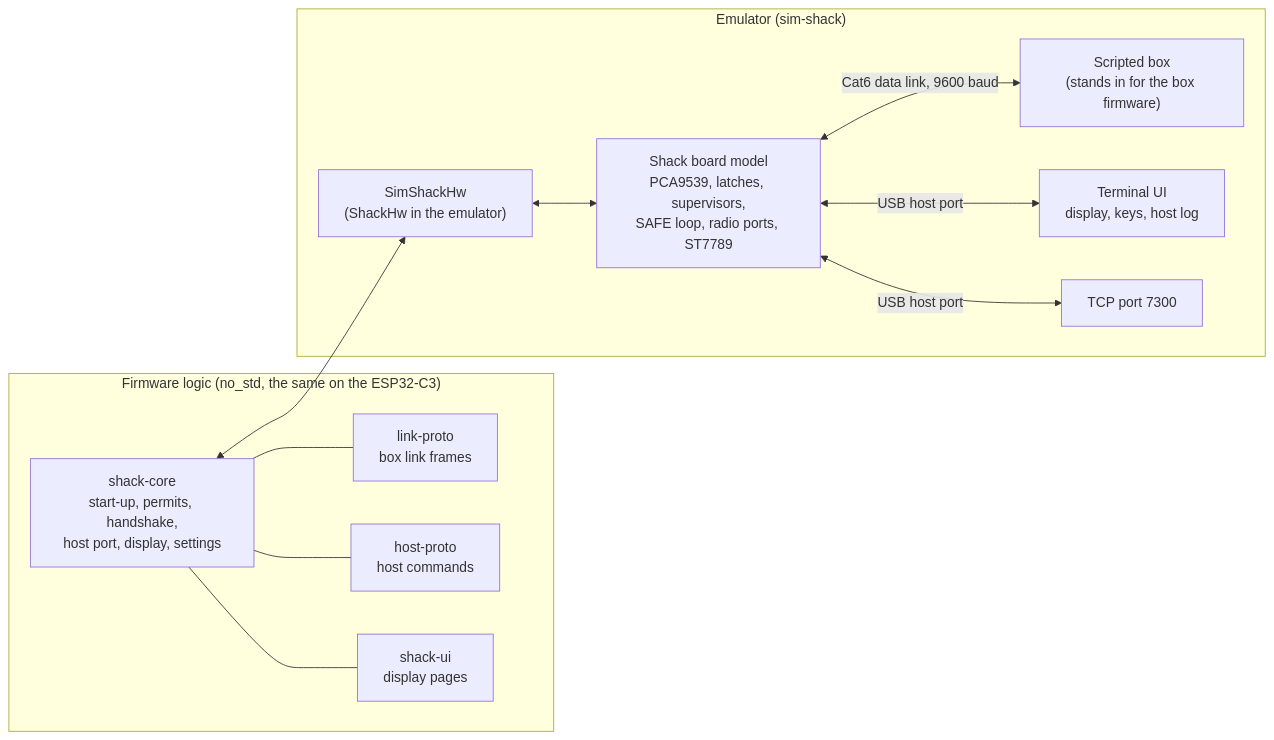
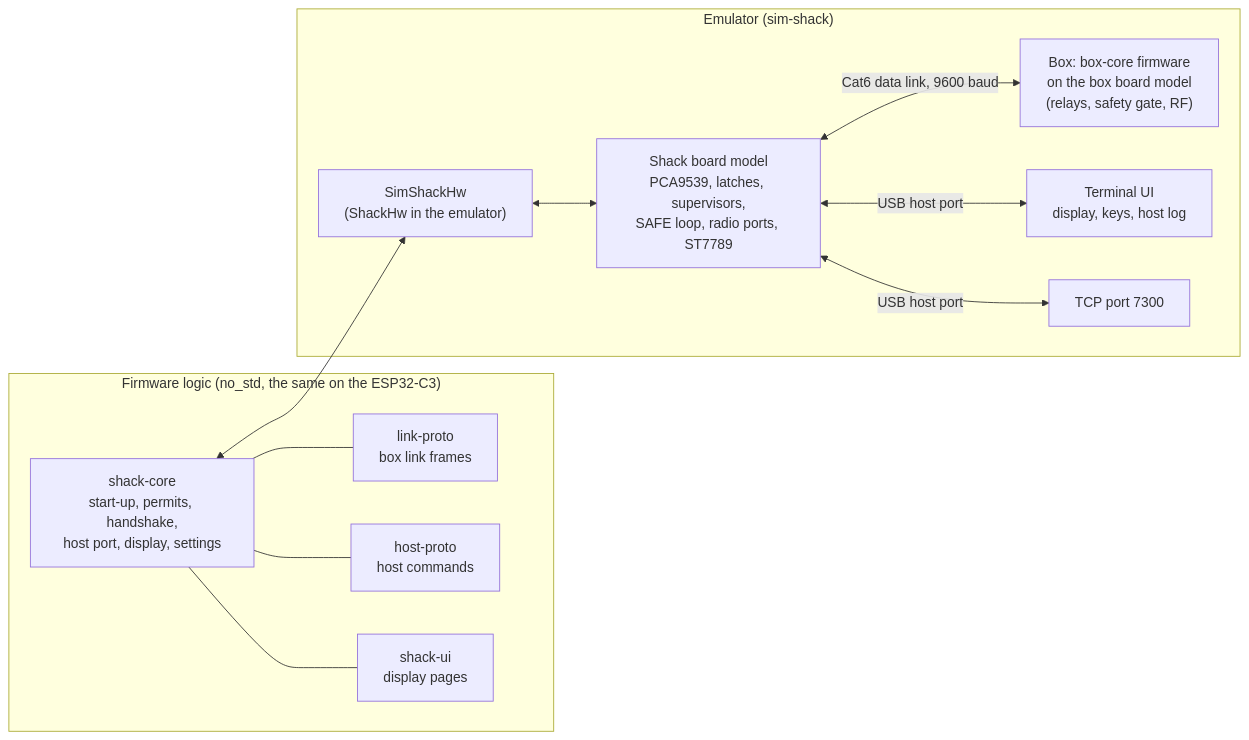
One commit to PE1RGU/hf-antenna-switch changed the diagram in firmware/README.md. Above: the diagram before and after it, drawn with Mermaid. The commit also changed other lines of this file and 12 other files, not shown here.

First line of the commit message:
Emulator program runs the real box firmware

````diff
--- a/firmware/README.md
+++ b/firmware/README.md
@@ -72,24 +72,24 @@
 ```mermaid
 flowchart LR
   subgraph LOGIC["Firmware logic (no_std, the same on the ESP32-C3)"]
     SC["shack-core<br/>start-up, permits, handshake,<br/>host port, display, settings"]
     LP["link-proto<br/>box link frames"]
     HP["host-proto<br/>host commands"]
     UI["shack-ui<br/>display pages"]
   end
   subgraph EMU["Emulator (sim-shack)"]
     HW["SimShackHw<br/>(ShackHw in the emulator)"]
     BOARD["Shack board model<br/>PCA9539, latches, supervisors,<br/>SAFE loop, radio ports, ST7789"]
-    BOX["Scripted box<br/>(stands in for the box firmware)"]
+    BOX["Box: box-core firmware<br/>on the box board model<br/>(relays, safety gate, RF)"]
     TUI["Terminal UI<br/>display, keys, host log"]
     TCP["TCP port 7300"]
   end
   SC --- LP
   SC --- HP
   SC --- UI
   SC <--> HW
   HW <--> BOARD
   BOARD <-- "Cat6 data link, 9600 baud" --> BOX
   BOARD <-- "USB host port" --> TUI
   BOARD <-- "USB host port" --> TCP
 ```
````
